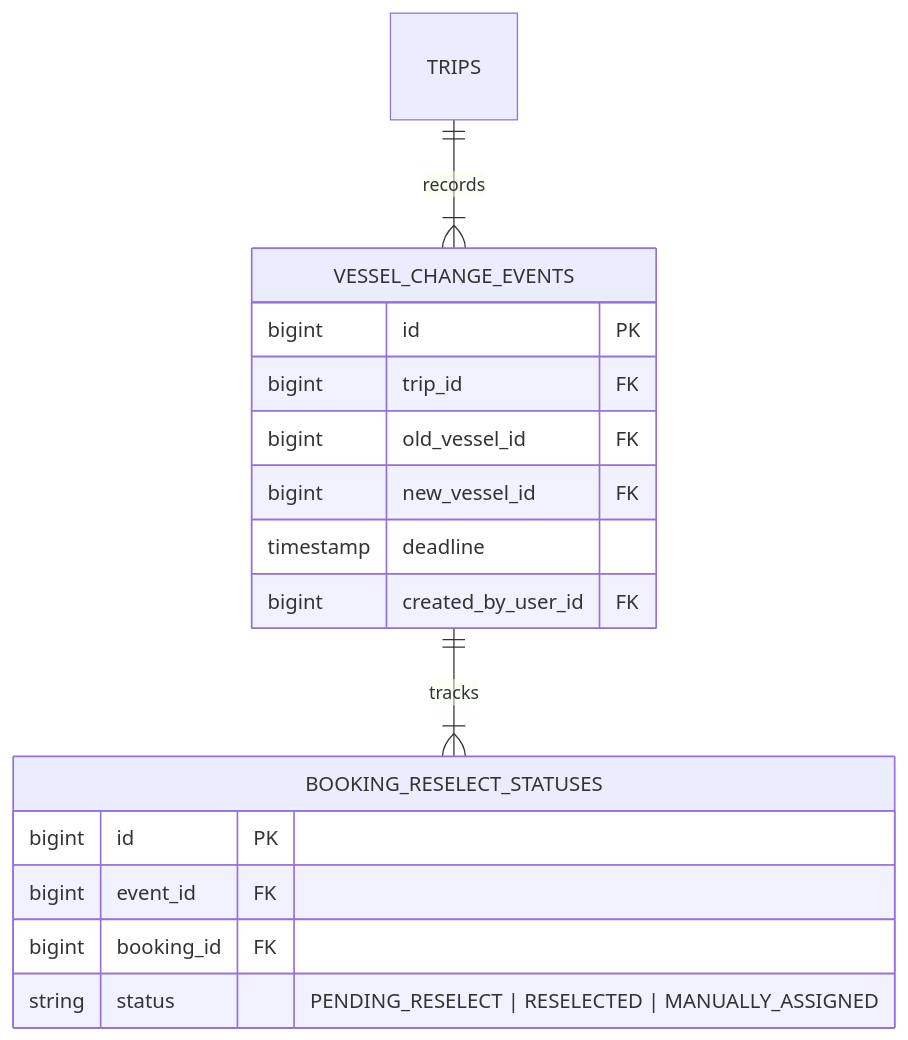
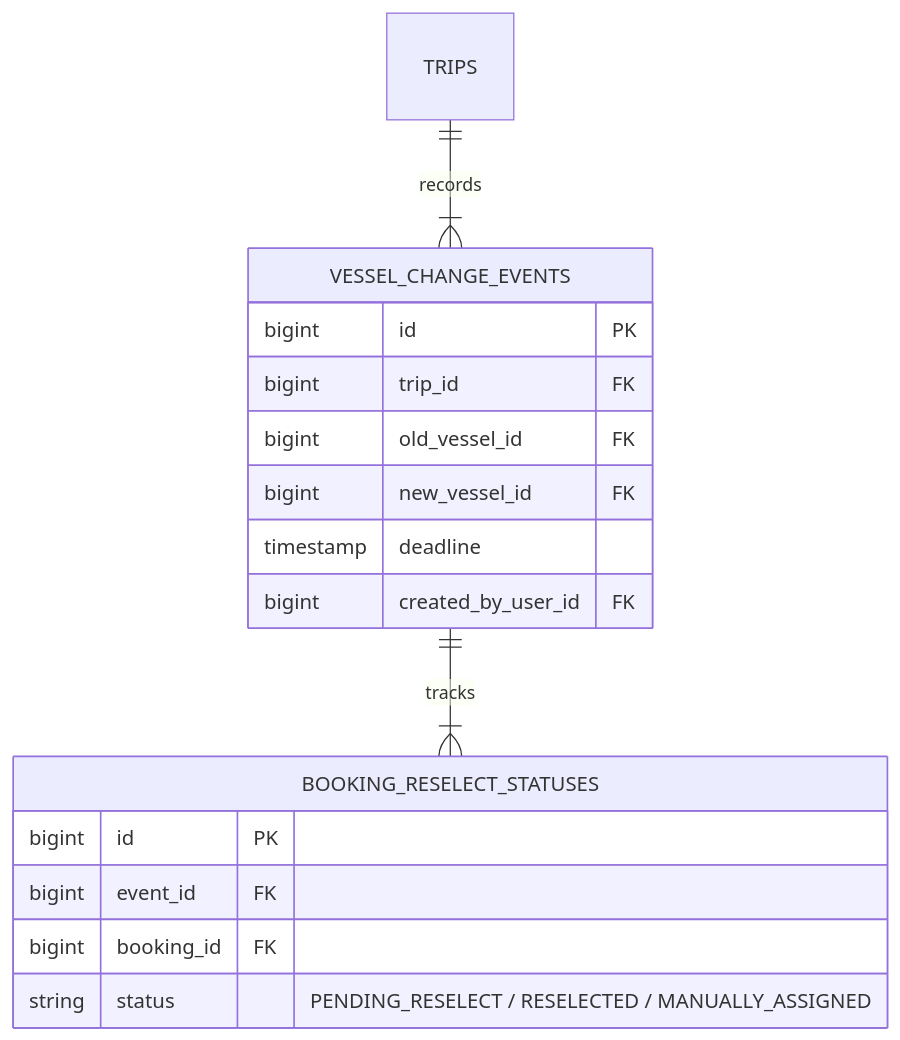
One commit to tomone2kd000-ux/superdong-booking-system changed the second of 2 diagrams in content/docs/chuong-05-su-co-doi-tau-huy-chuyen-va-doi-hoan-ve/01-bien-co-doi-tau-khac-so-do-ghe.mdx. Above: the diagram before and after it, drawn with Mermaid. The commit also changed 17 other files, not shown here.

Commit message:
fix: resolve Mermaid erDiagram syntax warnings across all MDX files

````diff
--- a/content/docs/chuong-05-su-co-doi-tau-huy-chuyen-va-doi-hoan-ve/01-bien-co-doi-tau-khac-so-do-ghe.mdx
+++ b/content/docs/chuong-05-su-co-doi-tau-huy-chuyen-va-doi-hoan-ve/01-bien-co-doi-tau-khac-so-do-ghe.mdx
@@ -53,21 +53,21 @@
 ```mermaid
 erDiagram
     TRIPS ||--|{ VESSEL_CHANGE_EVENTS : records
     VESSEL_CHANGE_EVENTS ||--|{ BOOKING_RESELECT_STATUSES : tracks
 
     VESSEL_CHANGE_EVENTS {
         bigint id PK
         bigint trip_id FK
         bigint old_vessel_id FK
         bigint new_vessel_id FK
         timestamp deadline
         bigint created_by_user_id FK
     }
 
     BOOKING_RESELECT_STATUSES {
         bigint id PK
         bigint event_id FK
         bigint booking_id FK
-        string status "PENDING_RESELECT | RESELECTED | MANUALLY_ASSIGNED"
+        string status "PENDING_RESELECT / RESELECTED / MANUALLY_ASSIGNED"
     }
 ```
````
